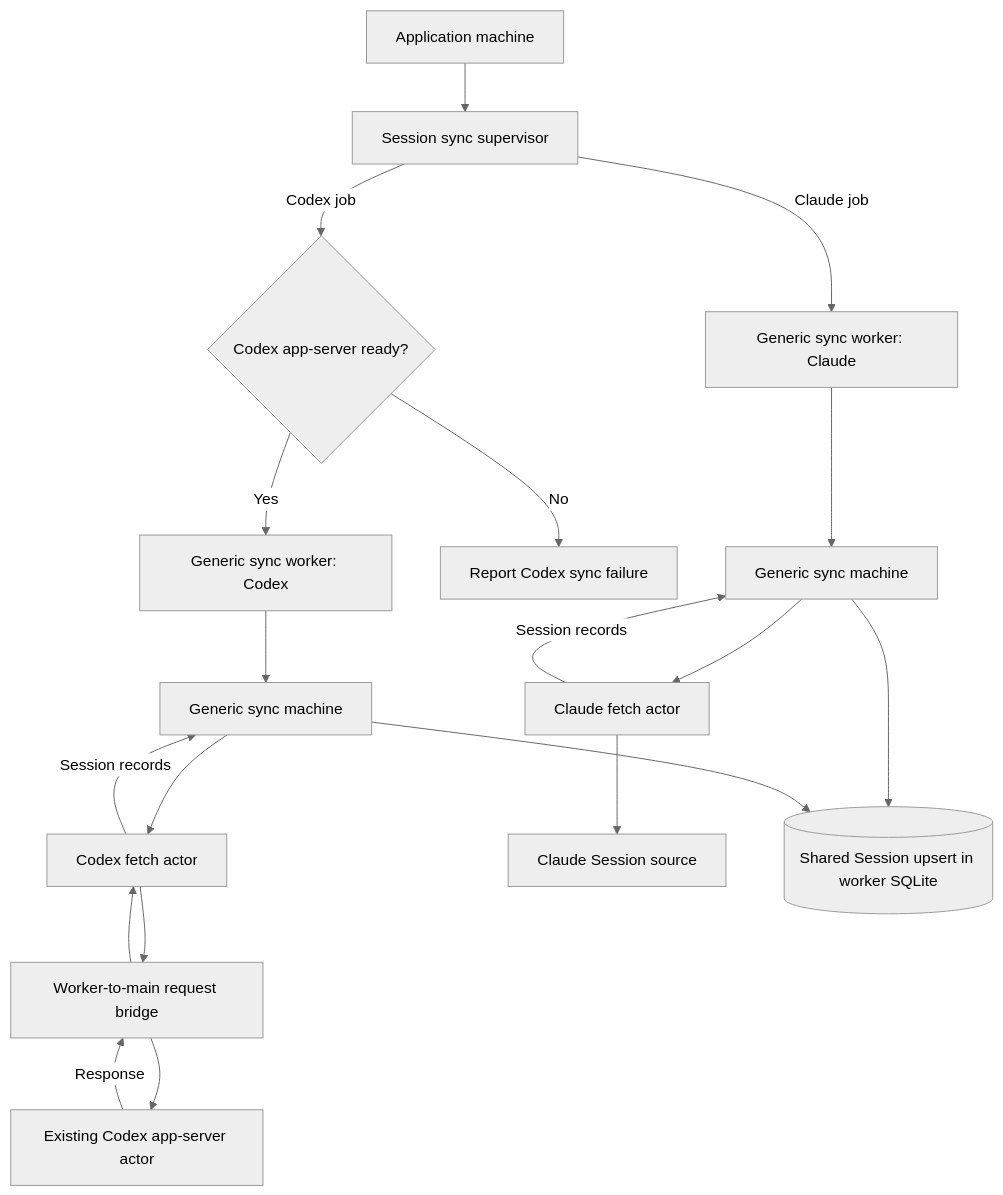
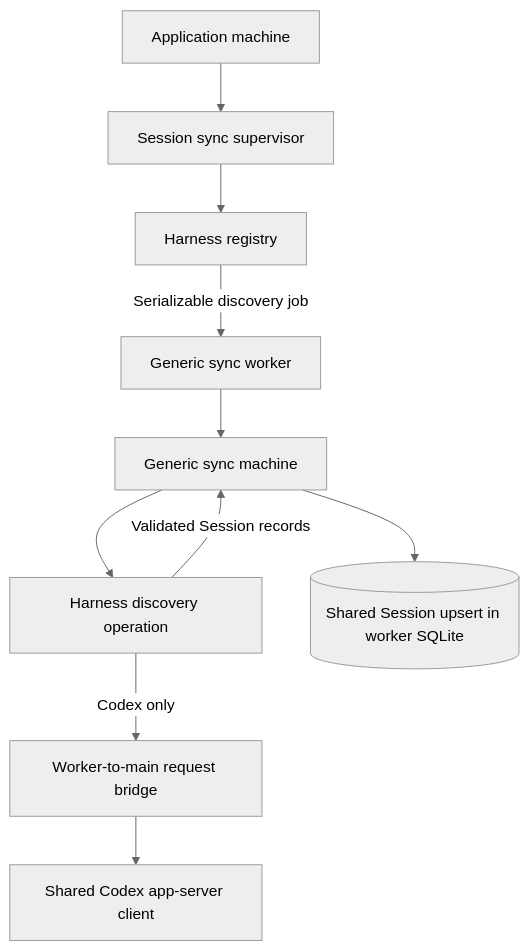
Before and after one commit to milad-alizadeh/argo: the diagram in docs/adr/0048-sqlite-read-models-for-sessions-and-tickets.md, drawn with Mermaid (neutral theme). The commit also changed other lines of this file and 2 other files, not shown here.

First line of the commit message:
docs: align Session ADRs with Harness registrations

````diff
--- a/docs/adr/0048-sqlite-read-models-for-sessions-and-tickets.md
+++ b/docs/adr/0048-sqlite-read-models-for-sessions-and-tickets.md
@@ -89,21 +96,12 @@
 ```mermaid
 flowchart TD
     App[Application machine] --> Supervisor[Session sync supervisor]
-    Supervisor -->|Claude job| ClaudeWorker[Generic sync worker: Claude]
-    Supervisor -->|Codex job| Ready{Codex app-server ready?}
-    Ready -->|Yes| CodexWorker[Generic sync worker: Codex]
-    Ready -->|No| Failure[Report Codex sync failure]
-    ClaudeWorker --> ClaudeMachine[Generic sync machine]
-    CodexWorker --> CodexMachine[Generic sync machine]
-    ClaudeMachine --> ClaudeFetch[Claude fetch actor]
-    CodexMachine --> CodexFetch[Codex fetch actor]
-    ClaudeFetch --> ClaudeSource[Claude Session source]
-    CodexFetch --> Bridge[Worker-to-main request bridge]
-    Bridge --> Server[Existing Codex app-server actor]
-    Server -->|Response| Bridge
-    ClaudeFetch -->|Session records| ClaudeMachine
-    Bridge --> CodexFetch
-    CodexFetch -->|Session records| CodexMachine
-    ClaudeMachine --> Store[(Shared Session upsert in worker SQLite)]
-    CodexMachine --> Store
+    Supervisor --> Registry[Harness registry]
+    Registry -->|Serializable discovery job| Worker[Generic sync worker]
+    Worker --> Machine[Generic sync machine]
+    Machine --> Reader[Harness discovery operation]
+    Reader -->|Codex only| Bridge[Worker-to-main request bridge]
+    Bridge --> Client[Shared Codex app-server client]
+    Reader -->|Validated Session records| Machine
+    Machine --> Store[(Shared Session upsert in worker SQLite)]
 ```
````
